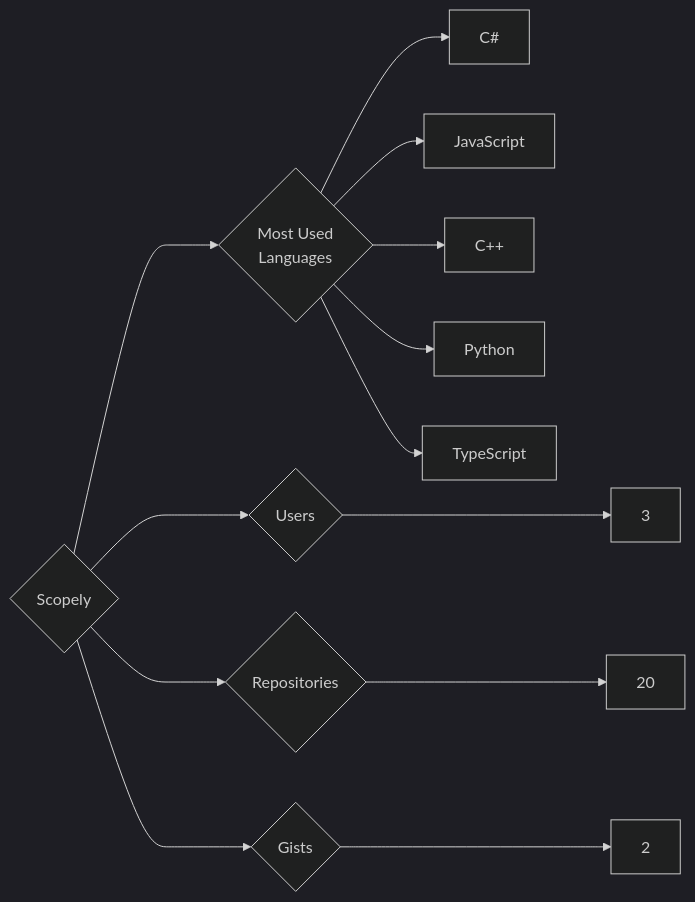
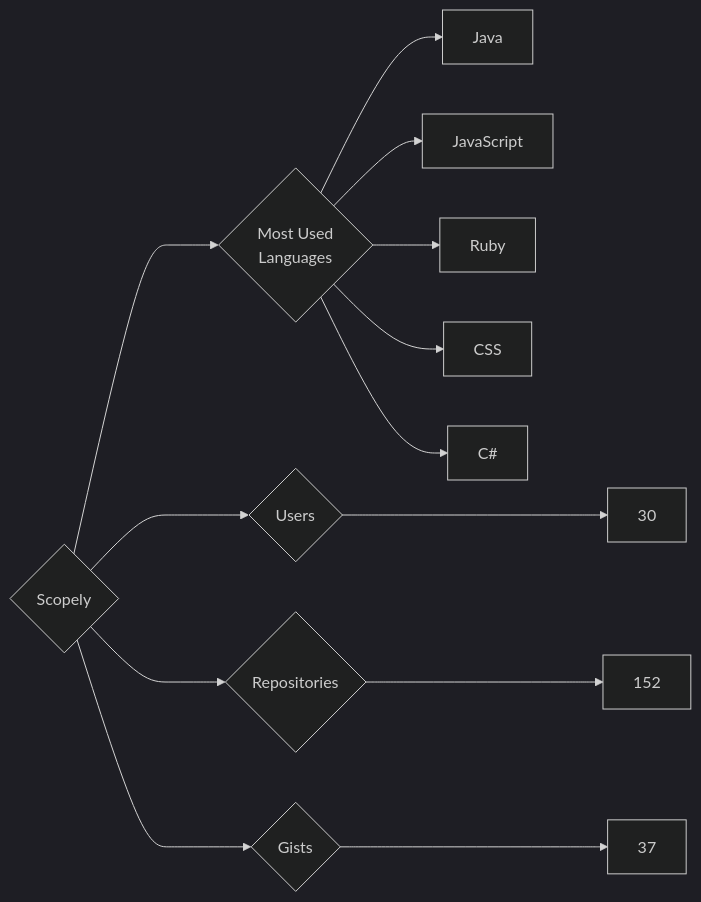
The diagram in targets/Scopely/README.md (trickest/insiders), drawn with Mermaid (dark theme) before and after one commit. The commit also changed 794 other files, not shown here.

````diff
--- a/targets/Scopely/README.md
+++ b/targets/Scopely/README.md
@@ -3,13 +3,13 @@
 ```mermaid
 graph LR
 COMPANY_NAME{Scopely}
-COMPANY_NAME ---> U{Users} ---> UN[3]
-COMPANY_NAME ---> R{Repositories} ---> RN[20]
-COMPANY_NAME ---> G{Gists} ---> GN[2]
+COMPANY_NAME ---> U{Users} ---> UN[30]
+COMPANY_NAME ---> R{Repositories} ---> RN[152]
+COMPANY_NAME ---> G{Gists} ---> GN[37]
 COMPANY_NAME ---> ML{Most Used<br>Languages}
+ML --> Java[Java]
+ML --> JavaScript[JavaScript]
+ML --> Ruby[Ruby]
+ML --> CSS[CSS]
 ML --> C#[C#]
-ML --> JavaScript[JavaScript]
-ML --> C++[C++]
-ML --> Python[Python]
-ML --> TypeScript[TypeScript]
 ```
````
